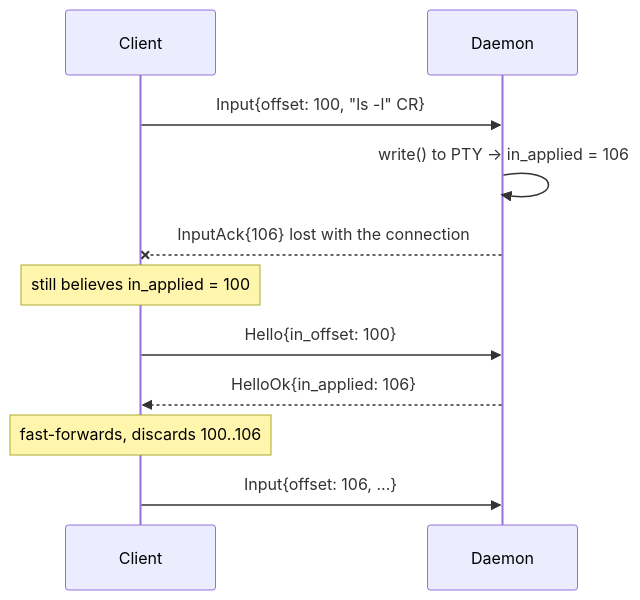
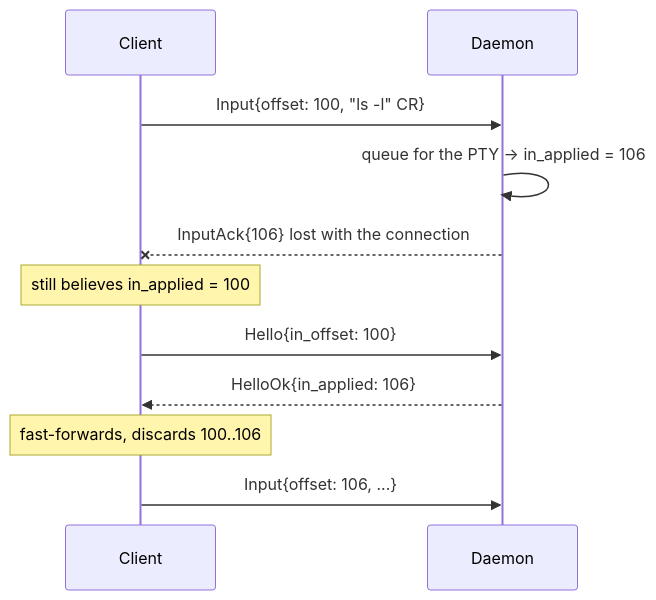
One commit to fornwall/nomux changed the first of 4 diagrams in IMPLEMENTATION.md. Above: the diagram before and after it, drawn with Mermaid. The commit also changed other lines of this file and 5 other files, not shown here.

````diff
--- a/IMPLEMENTATION.md
+++ b/IMPLEMENTATION.md
@@ -104,13 +107,13 @@
 ```mermaid
 sequenceDiagram
   participant C as Client
   participant D as Daemon
   C->>D: Input{offset: 100, "ls -l" CR}
-  D->>D: write() to PTY → in_applied = 106
+  D->>D: queue for the PTY → in_applied = 106
   D--xC: InputAck{106} lost with the connection
   Note over C: still believes in_applied = 100
   C->>D: Hello{in_offset: 100}
   D-->>C: HelloOk{in_applied: 106}
   Note over C: fast-forwards, discards 100..106
   C->>D: Input{offset: 106, ...}
 ```
````
